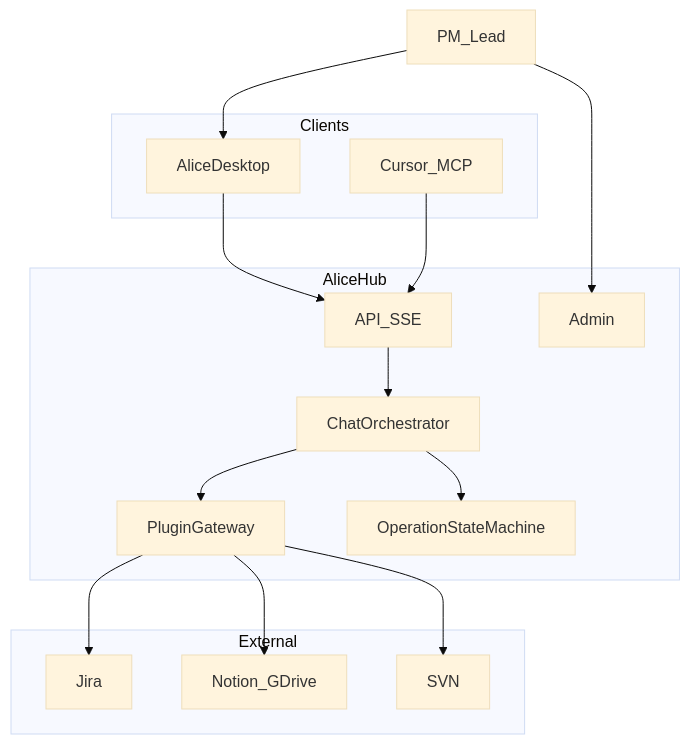
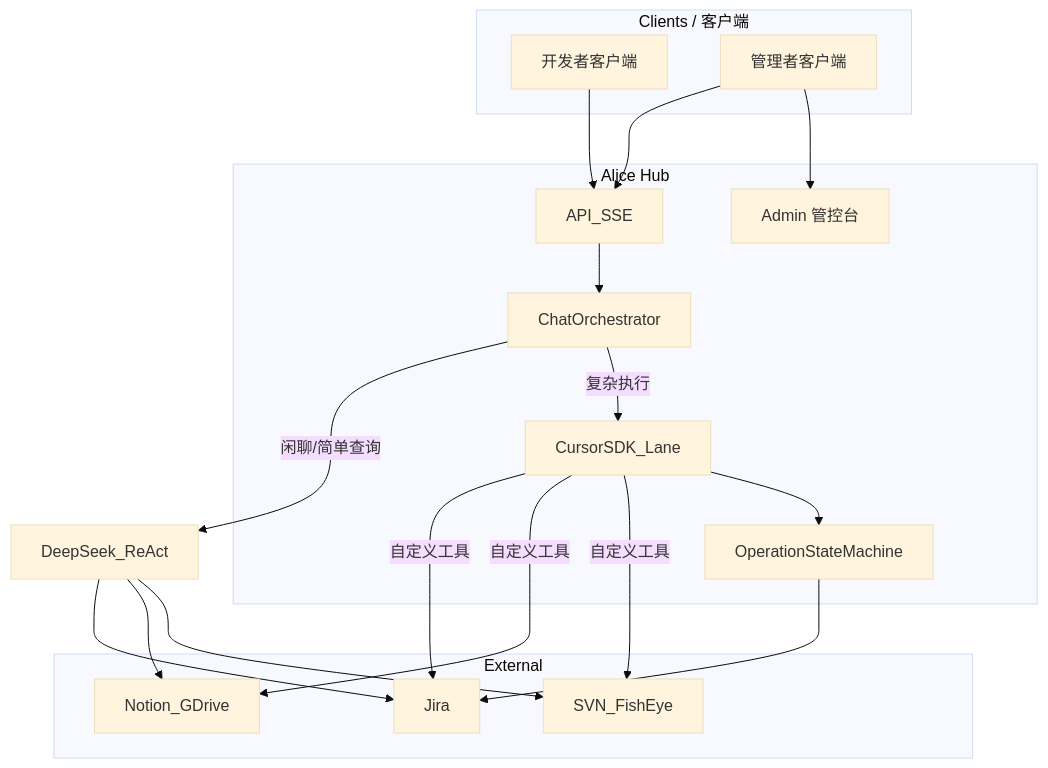
One commit to lidaichao/alice changed the first of 2 diagrams in docs/master/alice三期蓝图计划.md. Above: the diagram before and after it, drawn with Mermaid (base theme). The commit also changed other lines of this file, not shown here.

Commit message:
update: blueprint v1.4 cleanup - layered doc structure, no more old/new mixing

````diff
--- a/docs/master/alice三期蓝图计划.md
+++ b/docs/master/alice三期蓝图计划.md
@@ -38,28 +44,38 @@
 ```mermaid
 flowchart TB
-  subgraph clients [Clients]
-    Desktop[AliceDesktop]
-    Cursor[Cursor_MCP]
+  subgraph clients [Clients / 客户端]
+    DevClient[开发者客户端]
+    PMClient[管理者客户端]
   end
-  subgraph hub [AliceHub]
+  subgraph hub [Alice Hub]
     API[API_SSE]
     Orch[ChatOrchestrator]
-    GW[PluginGateway]
+    CursorLane[CursorSDK_Lane]
     OpSM[OperationStateMachine]
-    Admin[Admin]
+    Admin[Admin 管控台]
   end
   subgraph ext [External]
     Jira[Jira]
     KB[Notion_GDrive]
-    SVN[SVN]
+    SVN[SVN_FishEye]
   end
-  Desktop --> API
-  Cursor --> API
-  API --> Orch --> GW
-  GW --> Jira
-  GW --> KB
-  GW --> SVN
-  Orch --> OpSM
-  PM[PM_Lead] --> Admin
-  PM --> Desktop
+
+  DevClient --> API
+  PMClient --> API
+  PMClient --> Admin
+
+  API --> Orch
+  Orch -->|闲聊/简单查询| AI[DeepSeek_ReAct]
+  Orch -->|复杂执行| CursorLane
+
+  CursorLane -->|自定义工具| Jira
+  CursorLane -->|自定义工具| KB
+  CursorLane -->|自定义工具| SVN
+  CursorLane --> OpSM
+
+  AI --> Jira
+  AI --> KB
+  AI --> SVN
+
+  OpSM --> Jira
 ```
````
